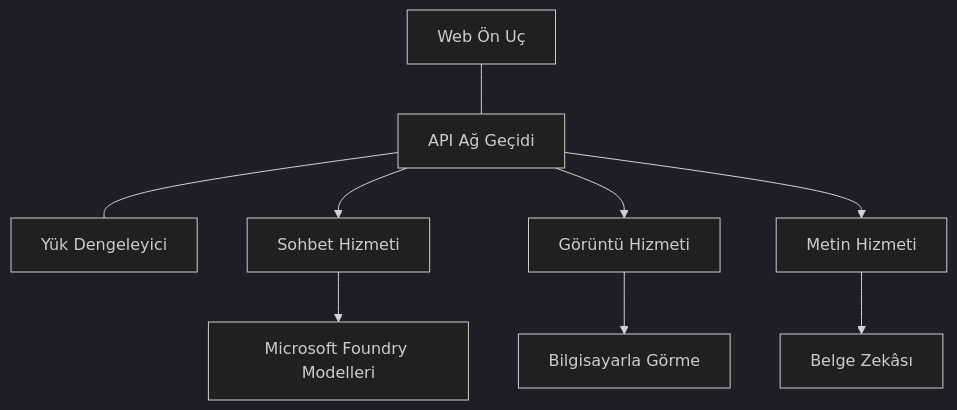
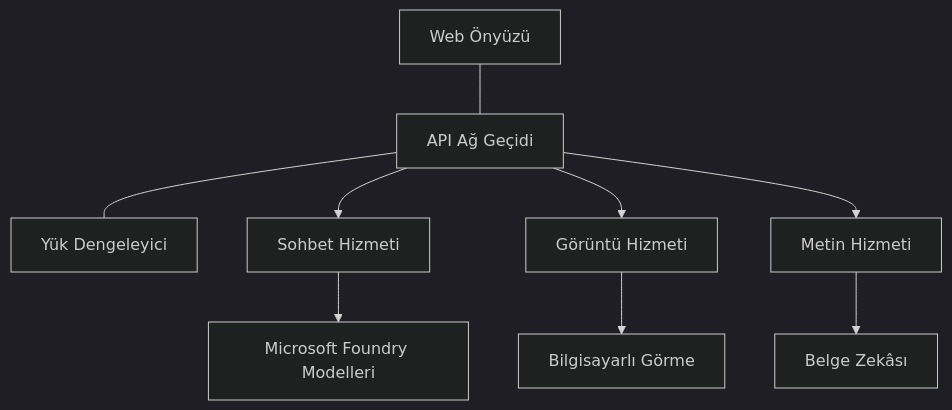
One commit to microsoft/AZD-for-beginners changed the diagram in translations/tr/docs/chapter-08-production/production-ai-practices.md. Above: the diagram before and after it, drawn with Mermaid (dark theme). The commit also changed other lines of this file and 101 other files, not shown here.

````diff
--- a/translations/tr/docs/chapter-08-production/production-ai-practices.md
+++ b/translations/tr/docs/chapter-08-production/production-ai-practices.md
@@ -30,10 +30,10 @@
 ```mermaid
 graph TD
-    Frontend[Web Ön Uç] --- Gateway[API Ağ Geçidi] --- LB[Yük Dengeleyici]
+    Frontend[Web Önyüzü] --- Gateway[API Ağ Geçidi] --- LB[Yük Dengeleyici]
     Gateway --> Chat[Sohbet Hizmeti]
     Gateway --> Image[Görüntü Hizmeti]
     Gateway --> Text[Metin Hizmeti]
     Chat --> OpenAI[Microsoft Foundry Modelleri]
-    Image --> Vision[Bilgisayarla Görme]
+    Image --> Vision[Bilgisayarlı Görme]
     Text --> DocIntel[Belge Zekâsı]
 ```
````
